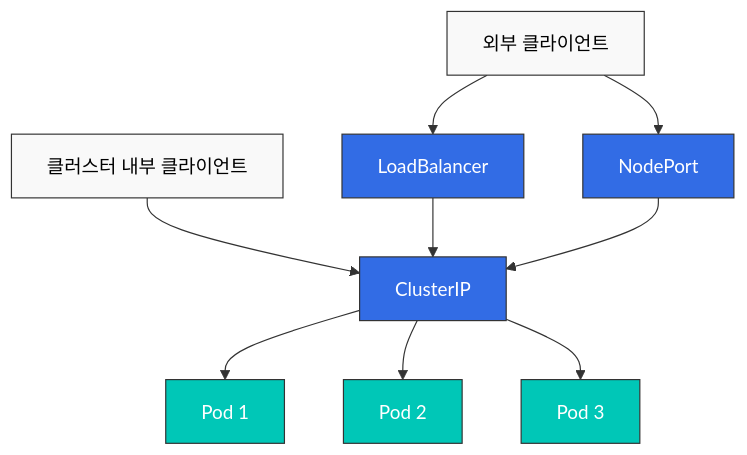
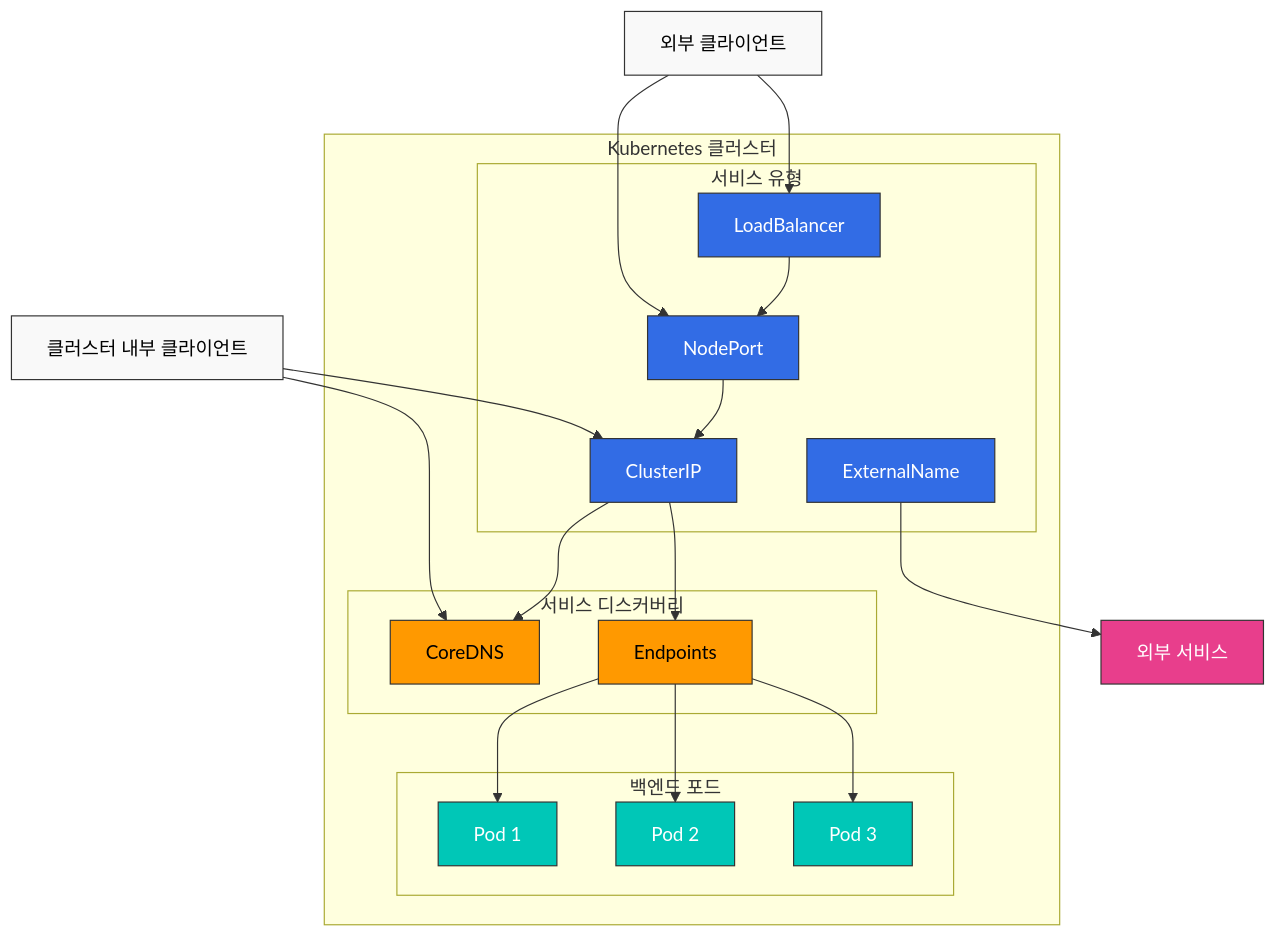
One commit to Atom-oh/kubernetes-docs changed the first of 5 diagrams in core/03-services-networking.md. Above: the diagram before and after it, drawn with Mermaid. The commit also changed other lines of this file, not shown here.

Commit message:
문서 개선: 서비스와 네트워킹 문서에 실습 환경 설정, 상세 서비스 아키텍처 다이어그램 및 서비스 유형 비교 표 추가

````diff
--- a/core/03-services-networking.md
+++ b/core/03-services-networking.md
@@ -27,22 +89,52 @@
 ```mermaid
 graph TD
-    Client[외부 클라이언트] --> LB[LoadBalancer]
-    Client --> NP[NodePort]
-    Client2[클러스터 내부 클라이언트] --> CIP[ClusterIP]
-    LB --> CIP
-    NP --> CIP
-    CIP --> Pod1[Pod 1]
-    CIP --> Pod2[Pod 2]
-    CIP --> Pod3[Pod 3]
+    subgraph "Kubernetes 클러스터"
+        subgraph "서비스 유형"
+            LB[LoadBalancer]
+            NP[NodePort]
+            CIP[ClusterIP]
+            EXT[ExternalName]
+            
+            LB --> NP
+            NP --> CIP
+        end
+        
+        subgraph "서비스 디스커버리"
+            DNS[CoreDNS]
+            EP[Endpoints]
+            
+            CIP --> DNS
+            CIP --> EP
+        end
+        
+        subgraph "백엔드 포드"
+            Pod1[Pod 1]
+            Pod2[Pod 2]
+            Pod3[Pod 3]
+            
+            EP --> Pod1
+            EP --> Pod2
+            EP --> Pod3
+        end
+    end
+    
+    ExtClient[외부 클라이언트] --> LB
+    ExtClient --> NP
+    IntClient[클러스터 내부 클라이언트] --> CIP
+    IntClient --> DNS
+    EXT --> ExtService[외부 서비스]
     
     %% 스타일 정의
     classDef client fill:#f9f9f9,stroke:#333,stroke-width:1px,color:black;
-    classDef k8sComponent fill:#326CE5,stroke:#333,stroke-width:1px,color:white;
-    classDef userApp fill:#00C7B7,stroke:#333,stroke-width:1px,color:white;
-    classDef dataStore fill:#3B48CC,stroke:#333,stroke-width:1px,color:white;
+    classDef service fill:#326CE5,stroke:#333,stroke-width:1px,color:white;
+    classDef discovery fill:#FF9900,stroke:#333,stroke-width:1px,color:black;
+    classDef pod fill:#00C7B7,stroke:#333,stroke-width:1px,color:white;
+    classDef external fill:#E83E8C,stroke:#333,stroke-width:1px,color:white;
     
     %% 클래스 적용
-    class Client,Client2 client;
-    class LB,NP,CIP k8sComponent;
-    class Pod1,Pod2,Pod3 userApp;
+    class ExtClient,IntClient client;
+    class LB,NP,CIP,EXT service;
+    class DNS,EP discovery;
+    class Pod1,Pod2,Pod3 pod;
+    class ExtService external;
 ```
````
